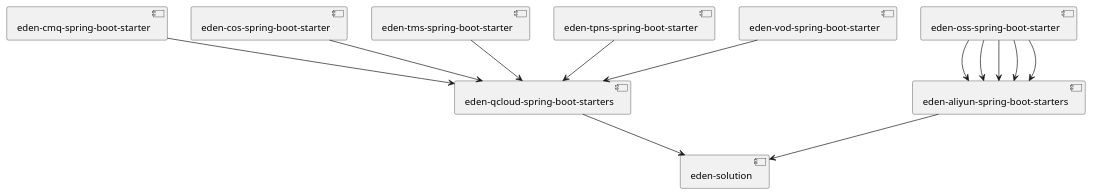
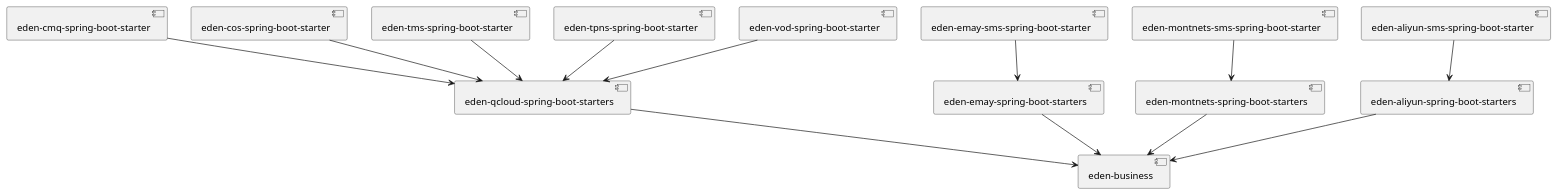
The diagram in src/docs/uml/component.puml (shiyindaxiaojie/eden-business), drawn with PlantUML before and after one commit. The commit also changed 2 other files, not shown here.

```diff
--- a/src/docs/uml/component.puml
+++ b/src/docs/uml/component.puml
@@ -1,15 +1,15 @@
 @startuml
 
-[eden-aliyun-spring-boot-starters] --> [eden-solution]
-[eden-oss-spring-boot-starter] --> [eden-aliyun-spring-boot-starters]
-[eden-oss-spring-boot-starter] --> [eden-aliyun-spring-boot-starters]
-[eden-oss-spring-boot-starter] --> [eden-aliyun-spring-boot-starters]
-[eden-oss-spring-boot-starter] --> [eden-aliyun-spring-boot-starters]
-[eden-oss-spring-boot-starter] --> [eden-aliyun-spring-boot-starters]
-[eden-qcloud-spring-boot-starters] --> [eden-solution]
+[eden-aliyun-spring-boot-starters] --> [eden-business]
+[eden-aliyun-sms-spring-boot-starter] --> [eden-aliyun-spring-boot-starters]
+[eden-qcloud-spring-boot-starters] --> [eden-business]
 [eden-cmq-spring-boot-starter] --> [eden-qcloud-spring-boot-starters]
 [eden-cos-spring-boot-starter] --> [eden-qcloud-spring-boot-starters]
 [eden-tms-spring-boot-starter] --> [eden-qcloud-spring-boot-starters]
 [eden-tpns-spring-boot-starter] --> [eden-qcloud-spring-boot-starters]
 [eden-vod-spring-boot-starter] --> [eden-qcloud-spring-boot-starters]
+[eden-emay-spring-boot-starters] --> [eden-business]
+[eden-emay-sms-spring-boot-starter] --> [eden-emay-spring-boot-starters]
+[eden-montnets-spring-boot-starters] --> [eden-business]
+[eden-montnets-sms-spring-boot-starter] --> [eden-montnets-spring-boot-starters]
 @enduml
```
